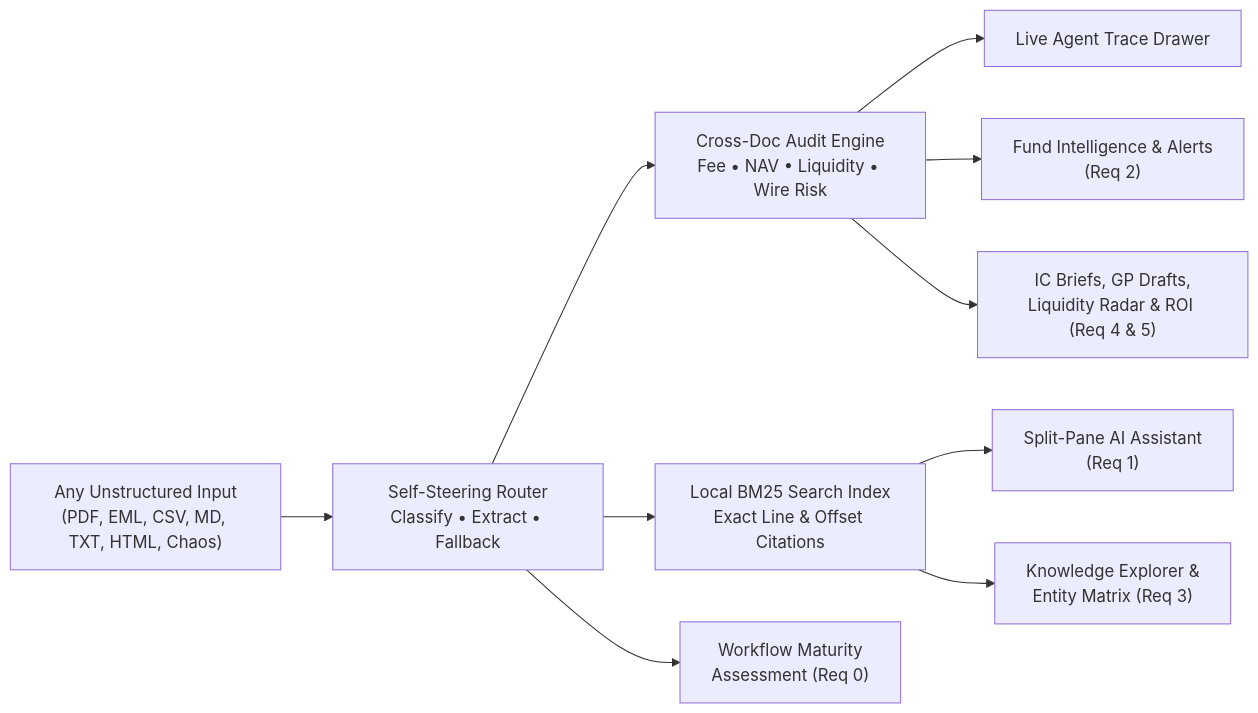
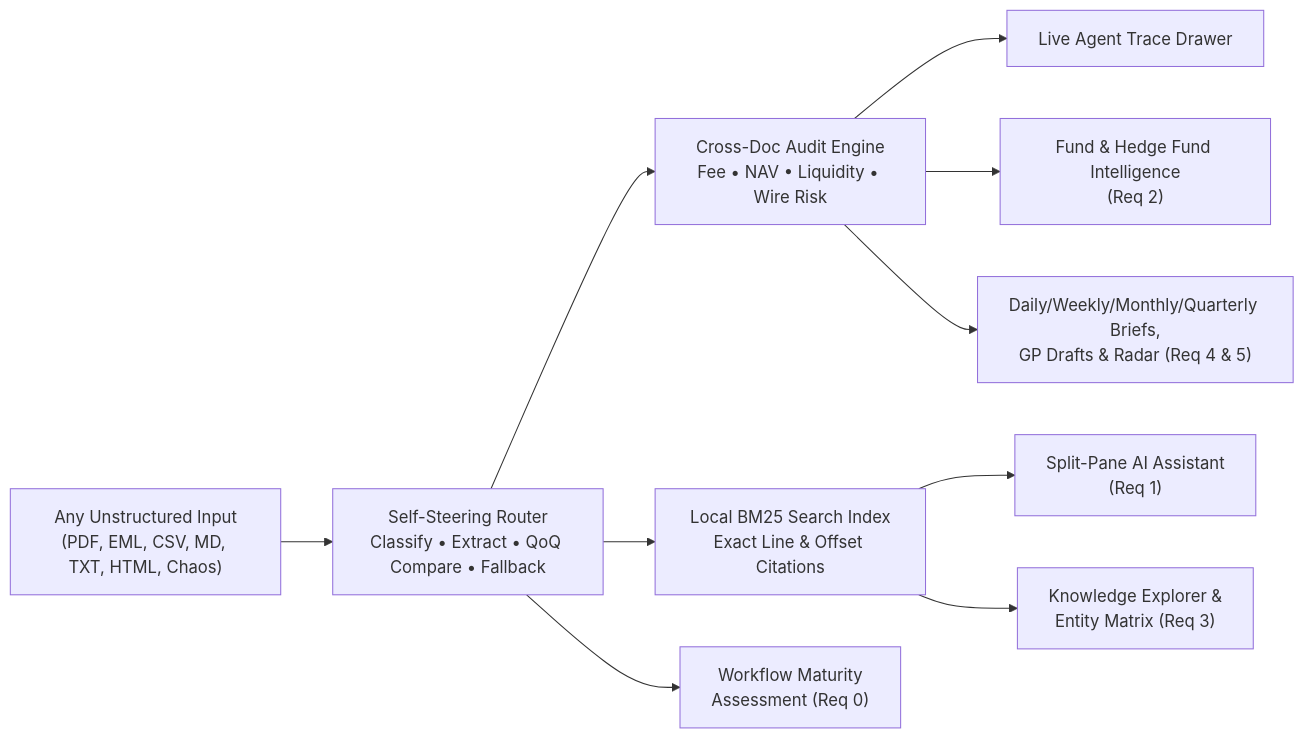
One commit to dvsaikumar/efinancialcareers--AI-Automation changed the diagram in FEATURE_SHOWCASE.md. Above: the diagram before and after it, drawn with Mermaid. The commit also changed other lines of this file and 1 other file, not shown here.

Commit message:
docs: sync FEATURE_SHOWCASE.md and README.md with Hedge Fund, QoQ, multi-cadence reports, and enterprise scaling path

````diff
--- a/FEATURE_SHOWCASE.md
+++ b/FEATURE_SHOWCASE.md
@@ -21,12 +21,12 @@
 ```mermaid
 flowchart LR
-    A["Any Unstructured Input\n(PDF, EML, CSV, MD, TXT, HTML, Chaos)"] --> B["Self-Steering Router\nClassify • Extract • Fallback"]
+    A["Any Unstructured Input\n(PDF, EML, CSV, MD, TXT, HTML, Chaos)"] --> B["Self-Steering Router\nClassify • Extract • QoQ Compare • Fallback"]
     B --> C["Cross-Doc Audit Engine\nFee • NAV • Liquidity • Wire Risk"]
     B --> D["Local BM25 Search Index\nExact Line & Offset Citations"]
     C --> E["Live Agent Trace Drawer"]
-    C --> F["Fund Intelligence & Alerts\n(Req 2)"]
+    C --> F["Fund & Hedge Fund Intelligence\n(Req 2)"]
     D --> G["Split-Pane AI Assistant\n(Req 1)"]
     D --> H["Knowledge Explorer &\nEntity Matrix (Req 3)"]
     B --> I["Workflow Maturity\nAssessment (Req 0)"]
-    C --> J["IC Briefs, GP Drafts,\nLiquidity Radar & ROI (Req 4 & 5)"]
+    C --> J["Daily/Weekly/Monthly/Quarterly Briefs,\nGP Drafts & Radar (Req 4 & 5)"]
 ```
````
